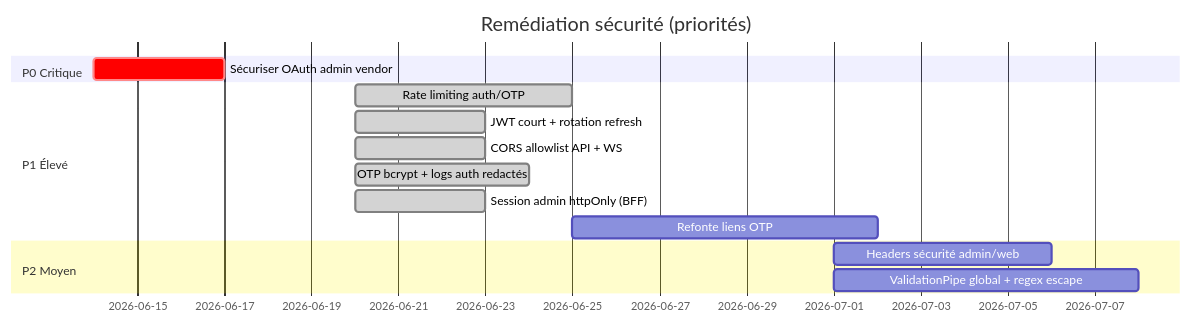
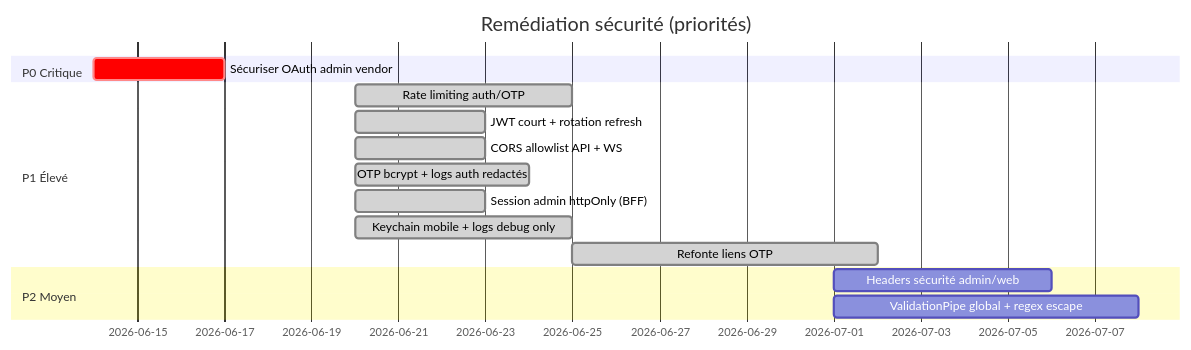
Before and after one commit to AfrikanMeals/africa-meals-api: the diagram in docs/SECURITY_AUDIT.md, drawn with Mermaid. The commit also changed other lines of this file, not shown here.

````diff
--- a/docs/SECURITY_AUDIT.md
+++ b/docs/SECURITY_AUDIT.md
@@ -144,17 +144,18 @@
 ```mermaid
 gantt
     title Remédiation sécurité (priorités)
     dateFormat  YYYY-MM-DD
     section P0 Critique
     Sécuriser OAuth admin vendor              :crit, 2026-06-14, 3d
     section P1 Élevé
     Rate limiting auth/OTP                    :done, 2026-06-20, 5d
     JWT court + rotation refresh              :done, 2026-06-20, 3d
     CORS allowlist API + WS                   :done, 2026-06-20, 3d
     OTP bcrypt + logs auth redactés           :done, 2026-06-20, 4d
     Session admin httpOnly (BFF)              :done, 2026-06-20, 3d
-    Refonte liens OTP                         :2026-06-25, 7d
+    Keychain mobile + logs debug only         :done, 2026-06-20, 5d
+    Refonte liens OTP                         :done, 2026-06-25, 7d
     section P2 Moyen
     Headers sécurité admin/web                :2026-07-01, 5d
     ValidationPipe global + regex escape      :2026-07-01, 7d
 ```
````
